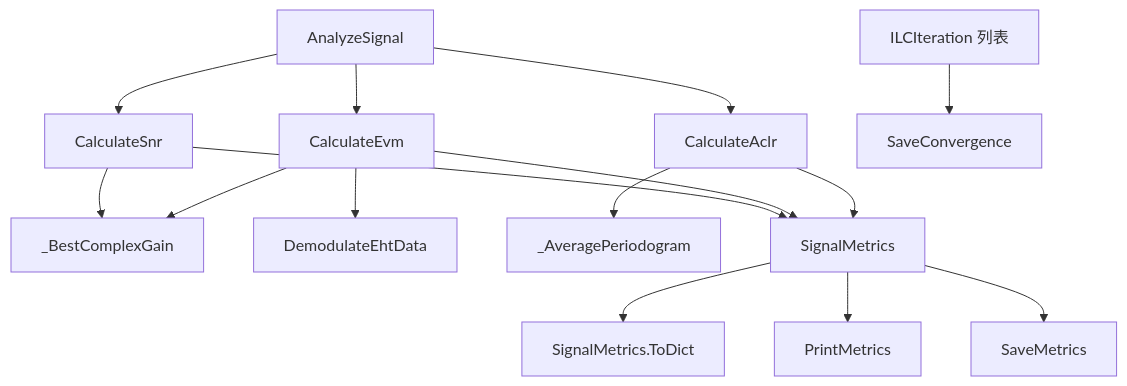
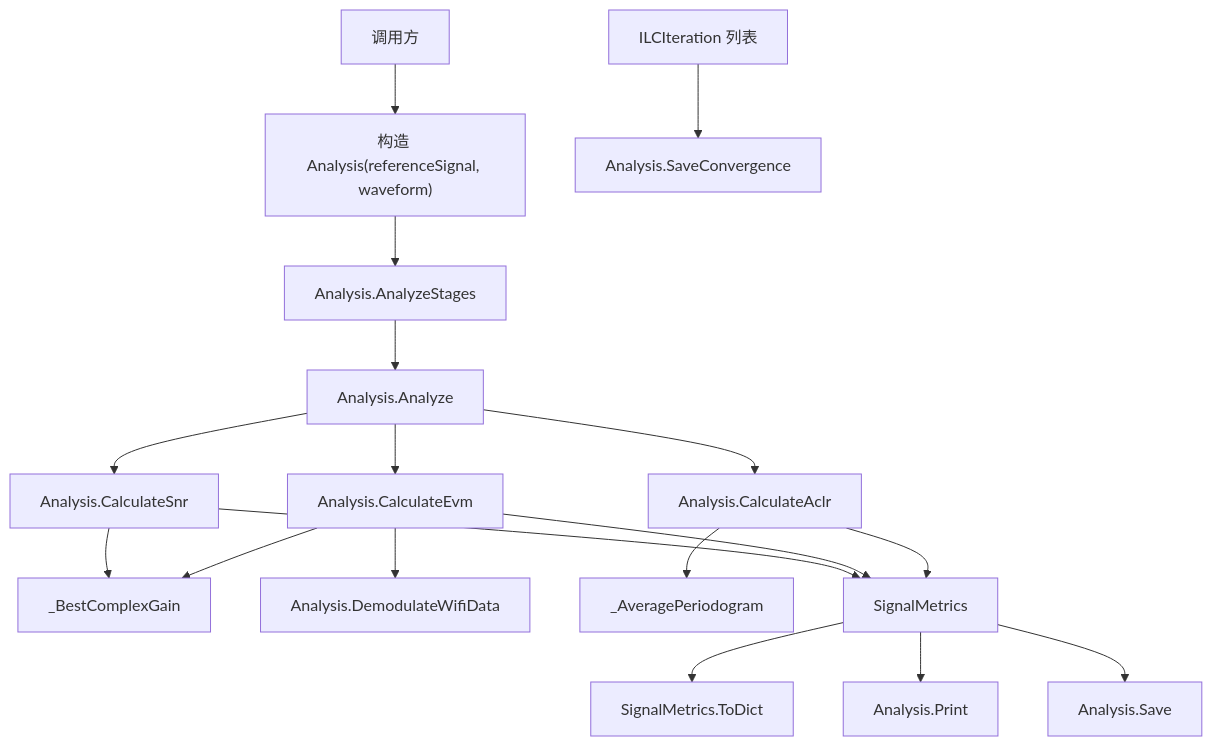
Before and after one commit to niyilu45/DPD_ILC: the seventh of 9 diagrams in README.md, drawn with Mermaid. The commit also changed other lines of this file and 8 other files, not shown here.

````diff
--- a/README.md
+++ b/README.md
@@ -237,19 +248,22 @@
 ```mermaid
 flowchart TD
-    analyze["AnalyzeSignal"] --> snr["CalculateSnr"]
-    analyze --> evm["CalculateEvm"]
-    analyze --> aclr["CalculateAclr"]
+    caller["调用方"] --> context["构造 Analysis(referenceSignal, waveform)"]
+    context --> stages["Analysis.AnalyzeStages"]
+    stages --> analyze["Analysis.Analyze"]
+    analyze --> snr["Analysis.CalculateSnr"]
+    analyze --> evm["Analysis.CalculateEvm"]
+    analyze --> aclr["Analysis.CalculateAclr"]
 
     snr --> gain["_BestComplexGain"]
-    evm --> demod["DemodulateEhtData"]
+    evm --> demod["Analysis.DemodulateWifiData"]
     evm --> gain
     aclr --> psd["_AveragePeriodogram"]
 
     snr --> metrics["SignalMetrics"]
     evm --> metrics
     aclr --> metrics
     metrics --> toDict["SignalMetrics.ToDict"]
-    metrics --> print["PrintMetrics"]
-    metrics --> save["SaveMetrics"]
-    convergence["ILCIteration 列表"] --> saveConvergence["SaveConvergence"]
+    metrics --> print["Analysis.Print"]
+    metrics --> save["Analysis.Save"]
+    convergence["ILCIteration 列表"] --> saveConvergence["Analysis.SaveConvergence"]
 ```
````
